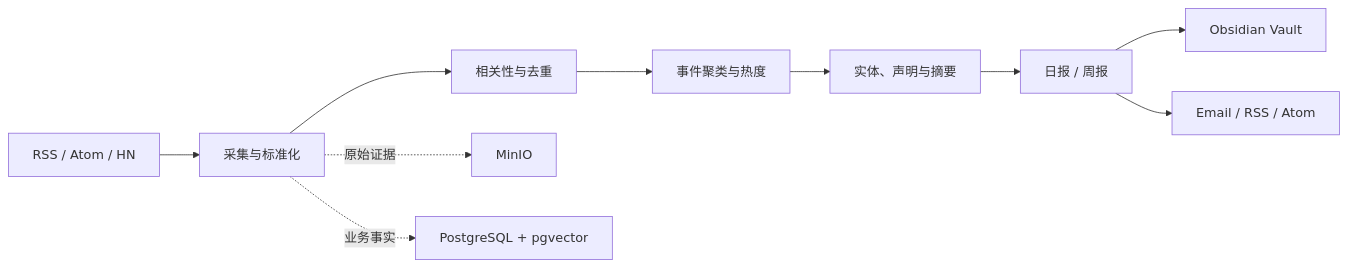
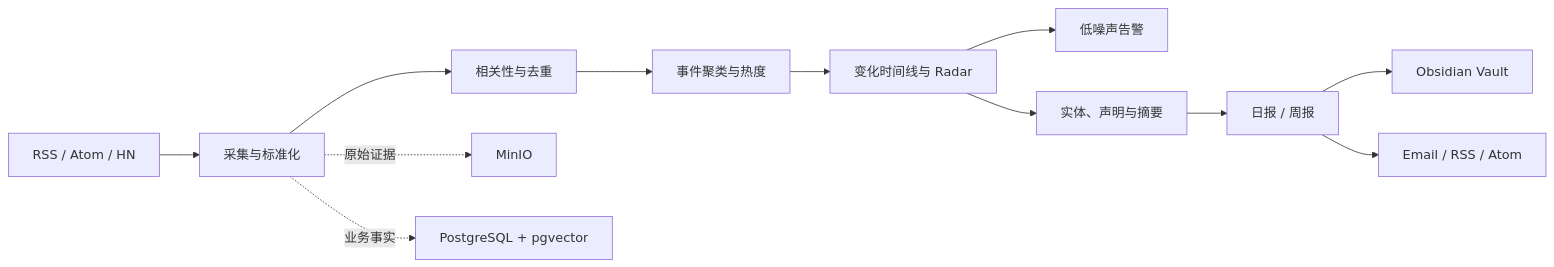
The diagram in README.md (StephenQiu30/Ripplesight), drawn with Mermaid before and after one commit. The commit also changed other lines of this file and 41 other files, not shown here.

````diff
--- a/README.md
+++ b/README.md
@@ -62,12 +67,14 @@
 ```mermaid
 flowchart LR
     A["RSS / Atom / HN"] --> B["采集与标准化"]
     B --> C["相关性与去重"]
     C --> D["事件聚类与热度"]
-    D --> E["实体、声明与摘要"]
-    E --> F["日报 / 周报"]
-    F --> G["Obsidian Vault"]
-    F --> H["Email / RSS / Atom"]
-    B -. "原始证据" .-> I["MinIO"]
-    B -. "业务事实" .-> J["PostgreSQL + pgvector"]
+    D --> E["变化时间线与 Radar"]
+    E --> F["低噪声告警"]
+    E --> G["实体、声明与摘要"]
+    G --> H["日报 / 周报"]
+    H --> I["Obsidian Vault"]
+    H --> J["Email / RSS / Atom"]
+    B -. "原始证据" .-> K["MinIO"]
+    B -. "业务事实" .-> L["PostgreSQL + pgvector"]
 ```
````
